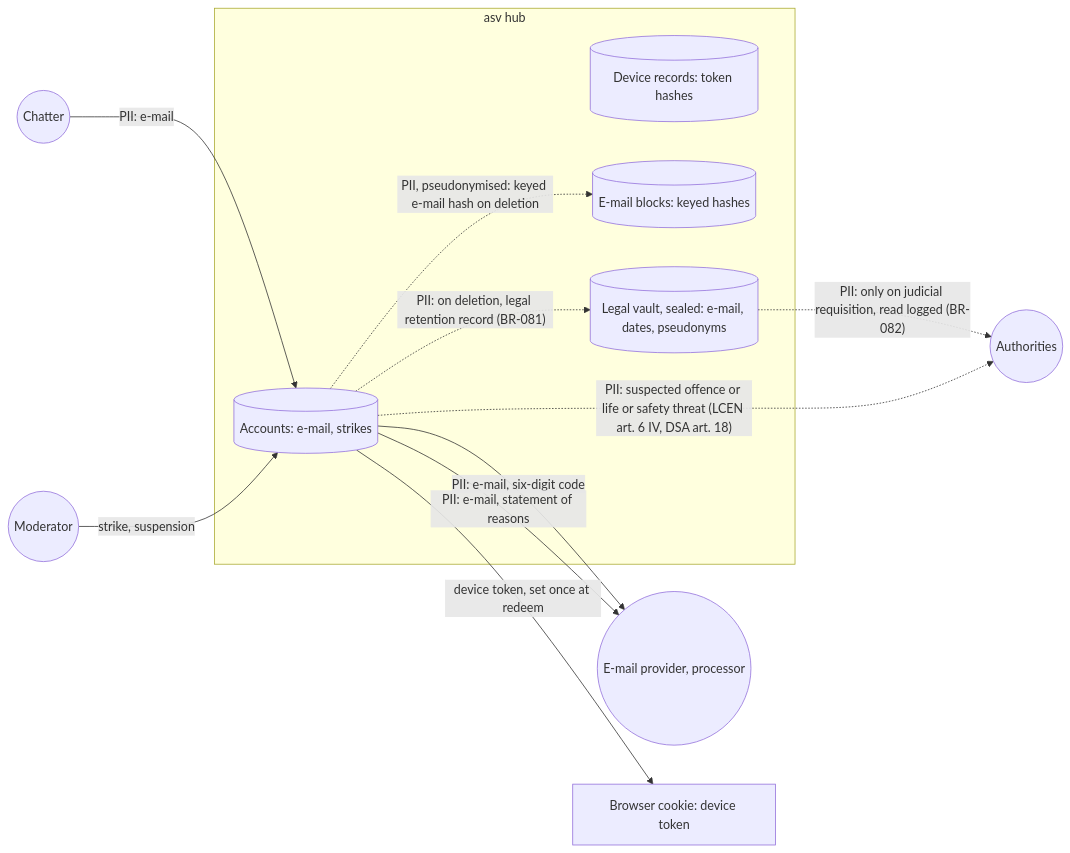
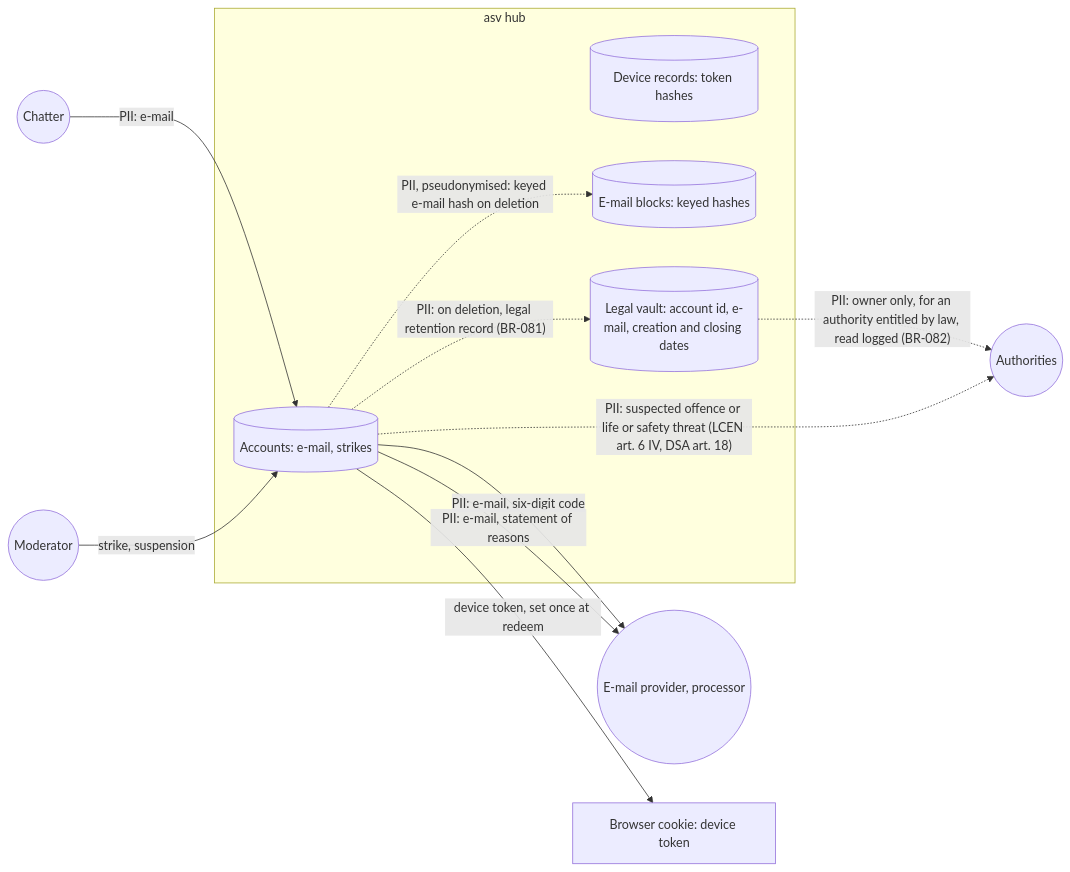
The diagram in docs/architecture/diagrams/accounts/06-data-flow.md (benoit-bremaud/asv), drawn with Mermaid before and after one commit. The commit also changed other lines of this file and 28 other files, not shown here.

First line of the commit message:
docs(legal): apply review-local fixes, vault option D

````diff
--- a/docs/architecture/diagrams/accounts/06-data-flow.md
+++ b/docs/architecture/diagrams/accounts/06-data-flow.md
@@ -12,23 +12,23 @@
 ```mermaid
 flowchart LR
   Chatter(("Chatter"))
   Mod(("Moderator"))
   MailProvider(("E-mail provider, processor"))
   Authority(("Authorities"))
   subgraph asv ["asv hub"]
     Acc[("Accounts: e-mail, strikes")]
     Dev[("Device records: token hashes")]
     Blocks[("E-mail blocks: keyed hashes")]
-    Vault[("Legal vault, sealed: e-mail, dates, pseudonyms")]
+    Vault[("Legal vault: account id, e-mail, creation and closing dates")]
   end
   Browser["Browser cookie: device token"]
   Chatter -->|"PII: e-mail"| Acc
   Acc -->|"PII: e-mail, six-digit code"| MailProvider
   Acc -->|"device token, set once at redeem"| Browser
   Mod -->|"strike, suspension"| Acc
   Acc -->|"PII: e-mail, statement of reasons"| MailProvider
   Acc -.->|"PII, pseudonymised: keyed e-mail hash on deletion"| Blocks
   Acc -.->|"PII: on deletion, legal retention record (BR-081)"| Vault
-  Vault -.->|"PII: only on judicial requisition, read logged (BR-082)"| Authority
+  Vault -.->|"PII: owner only, for an authority entitled by law, read logged (BR-082)"| Authority
   Acc -.->|"PII: suspected offence or life or safety threat (LCEN art. 6 IV, DSA art. 18)"| Authority
 ```
````
